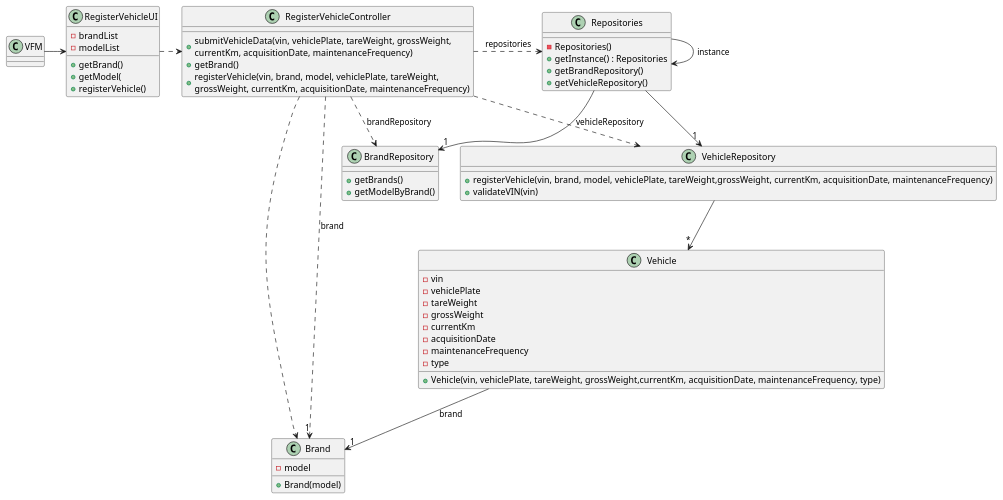
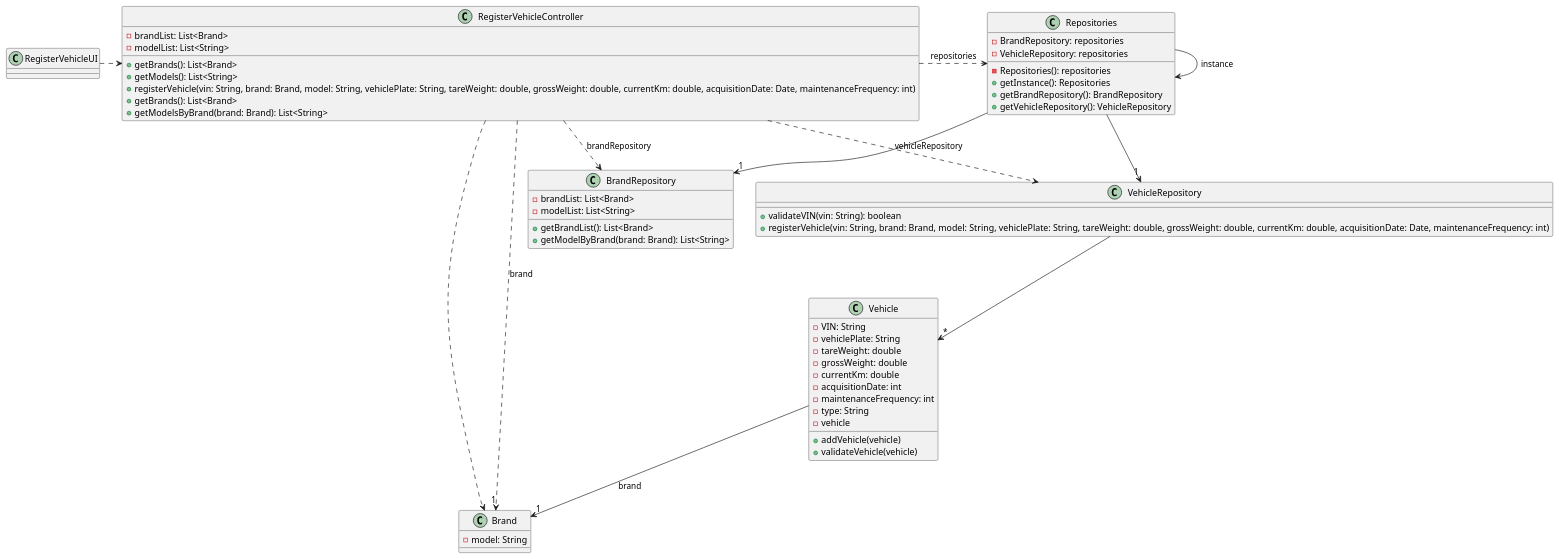
The diagram in docs/sprintB/us006/03.design/puml/us006-class-diagram.puml (ricardomm7/leaflink), drawn with PlantUML before and after one commit. The commit also changed 3 other files, not shown here.

Commit message:
LFC2-88<Finish the class diagram and change the sequence diagram> LFC2-90<Finish the class diagram and change the sequence diagram>

```diff
--- a/docs/sprintB/us006/03.design/puml/us006-class-diagram.puml
+++ b/docs/sprintB/us006/03.design/puml/us006-class-diagram.puml
@@ -1,81 +1,84 @@
 @startuml
 skinparam packageStyle rectangle
 skinparam shadowing false
 skinparam line type polyline
 
+class RegisterVehicleUI {
+
+}
+
+class RegisterVehicleController {
+    - brandList: List<Brand>
+    - modelList: List<String>
+    + getBrands(): List<Brand>
+    + getModels(): List<String>
+    + registerVehicle(vin: String, brand: Brand, model: String, vehiclePlate: String, tareWeight: double, grossWeight: double, currentKm: double, acquisitionDate: Date, maintenanceFrequency: int)
+    + getBrands(): List<Brand>
+    + getModelsByBrand(brand: Brand): List<String>
+}
+
+class Repositories {
+    - Repositories(): repositories
+    - BrandRepository: repositories
+    - VehicleRepository: repositories
+    + getInstance(): Repositories
+    + getBrandRepository(): BrandRepository
+    + getVehicleRepository(): VehicleRepository
+}
+
+class VehicleRepository {
+    + validateVIN(vin: String): boolean
+    + registerVehicle(vin: String, brand: Brand, model: String, vehiclePlate: String, tareWeight: double, grossWeight: double, currentKm: double, acquisitionDate: Date, maintenanceFrequency: int)
+}
+
+class BrandRepository {
+    - brandList: List<Brand>
+    - modelList: List<String>
+    + getBrandList(): List<Brand>
+    + getModelByBrand(brand: Brand): List<String>
+}
 
 
-class VFM {
-}
+class Vehicle {
+    - VIN: String
+    - vehiclePlate: String
+    - tareWeight: double
+    - grossWeight: double
+    - currentKm: double
+    - acquisitionDate: int
+    - maintenanceFrequency: int
+    - type: String
+    - vehicle
 
-class Vehicle {
-    - vin
-    - vehiclePlate
-    - tareWeight
-    - grossWeight
-    - currentKm
-    - acquisitionDate
-    - maintenanceFrequency
-    - type
+    + addVehicle(vehicle)
+    + validateVehicle(vehicle)
 
-    + Vehicle(vin, vehiclePlate, tareWeight, grossWeight,currentKm, acquisitionDate, maintenanceFrequency, type)
 }
 
 class Brand {
-    - model
-    + Brand(model)
+    - model: String
 }
 
-class VehicleRepository {
-    + registerVehicle(vin, brand, model, vehiclePlate, tareWeight,grossWeight, currentKm, acquisitionDate, maintenanceFrequency)
-    + validateVIN(vin)
-}
-
-class BrandRepository {
-    + getBrands()
-    + getModelByBrand()
-}
-
-class Repositories {
-    - Repositories()
-    + getInstance() : Repositories
-    + getBrandRepository()
-    + getVehicleRepository()
-}
-
-class RegisterVehicleController {
-    + submitVehicleData(vin, vehiclePlate, tareWeight, grossWeight,\ncurrentKm, acquisitionDate, maintenanceFrequency)
-    + getBrand()
-    + registerVehicle(vin, brand, model, vehiclePlate, tareWeight,\ngrossWeight, currentKm, acquisitionDate, maintenanceFrequency)
-}
-
-class RegisterVehicleUI {
-    - brandList
-    - modelList
-    + getBrand()
-    + getModel(
-    + registerVehicle()
-}
-
-VFM -> RegisterVehicleUI
 Repositories -> Repositories : instance
 
 RegisterVehicleUI .> RegisterVehicleController
 
 RegisterVehicleController .> Repositories : repositories
 
 Repositories -> "1" BrandRepository
 
 RegisterVehicleController ..> Brand
+
 RegisterVehicleController ..> VehicleRepository : vehicleRepository
+
 RegisterVehicleController ..> BrandRepository : brandRepository
 
 Repositories --> "1" VehicleRepository
 
 VehicleRepository --> "*" Vehicle
 
 RegisterVehicleController ..> "1" Brand : brand
 
 Vehicle --> "1" Brand : brand
 
 @enduml
```
